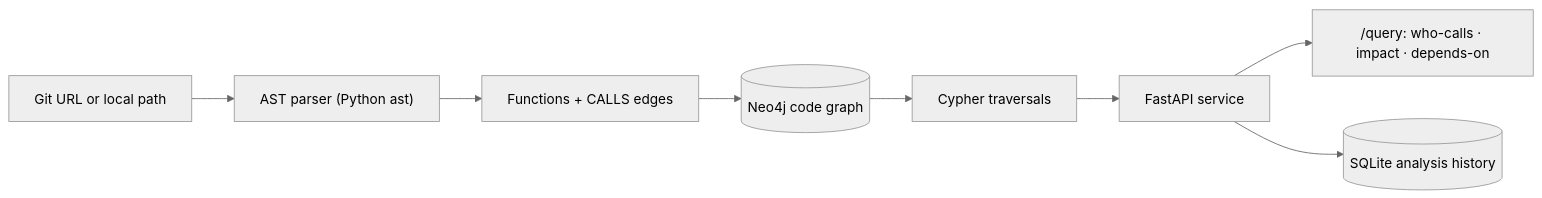
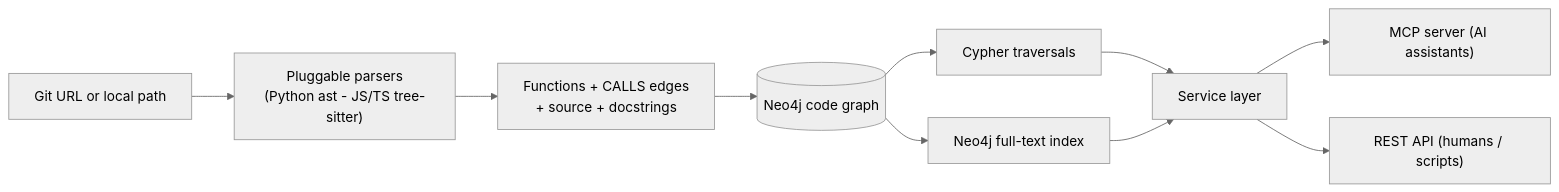
Before and after one commit to amitesh1234/codegraph-advanced: the diagram in README.md, drawn with Mermaid (neutral theme). The commit also changed other lines of this file, not shown here.

````diff
--- a/README.md
+++ b/README.md
@@ -97,10 +95,12 @@
 ```mermaid
 flowchart LR
-    A["Git URL or local path"] --> B["AST parser (Python ast)"]
-    B --> C["Functions + CALLS edges"]
+    A["Git URL or local path"] --> B["Pluggable parsers<br/>(Python ast - JS/TS tree-sitter)"]
+    B --> C["Functions + CALLS edges<br/>+ source + docstrings"]
     C --> D[("Neo4j code graph")]
-    D --> E["Cypher traversals"]
-    E --> F["FastAPI service"]
-    F --> G["/query: who-calls · impact · depends-on"]
-    F --> H[("SQLite analysis history")]
+    D --> E1["Cypher traversals"]
+    D --> E2["Neo4j full-text index"]
+    E1 --> F["Service layer"]
+    E2 --> F
+    F --> G["MCP server (AI assistants)"]
+    F --> H["REST API (humans / scripts)"]
 ```
````
